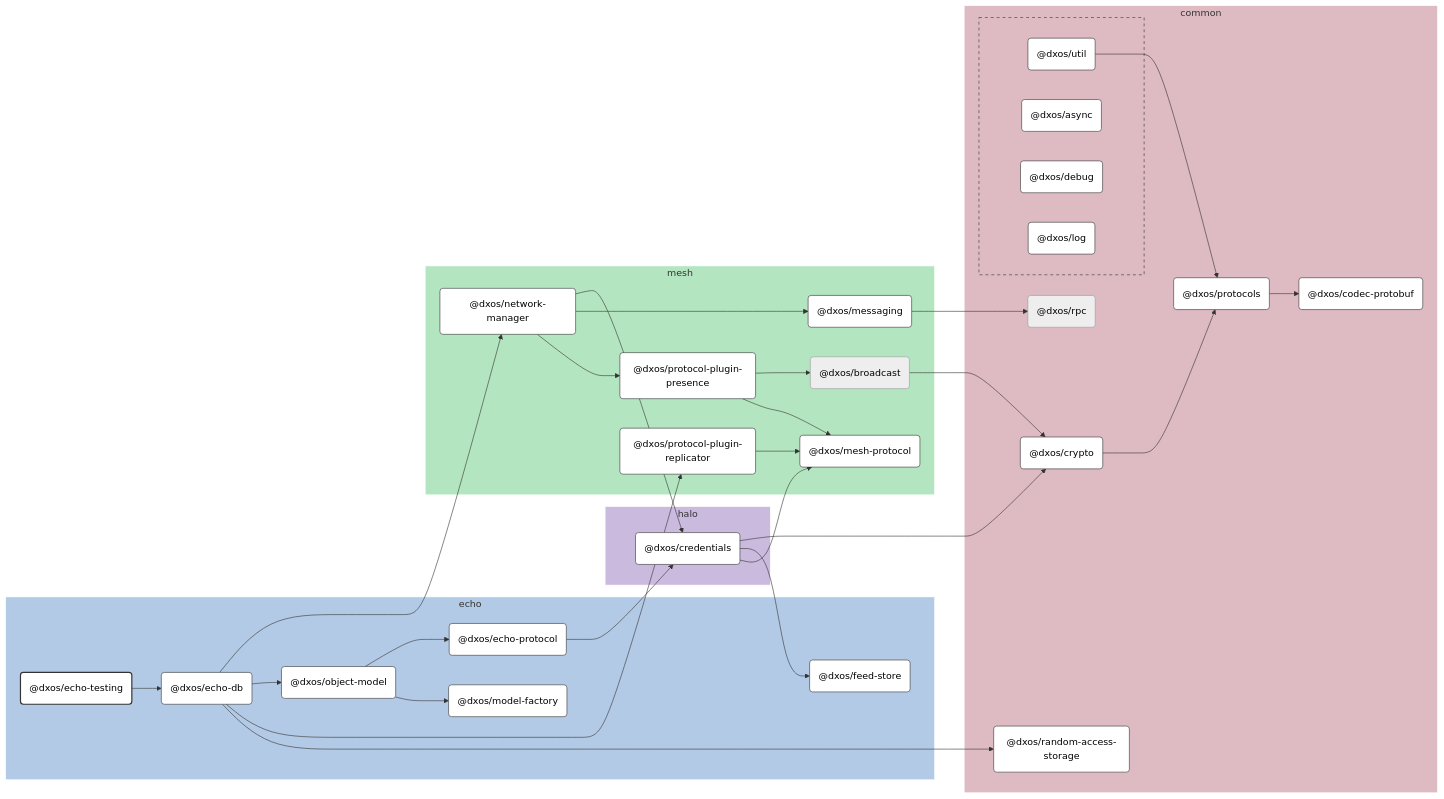
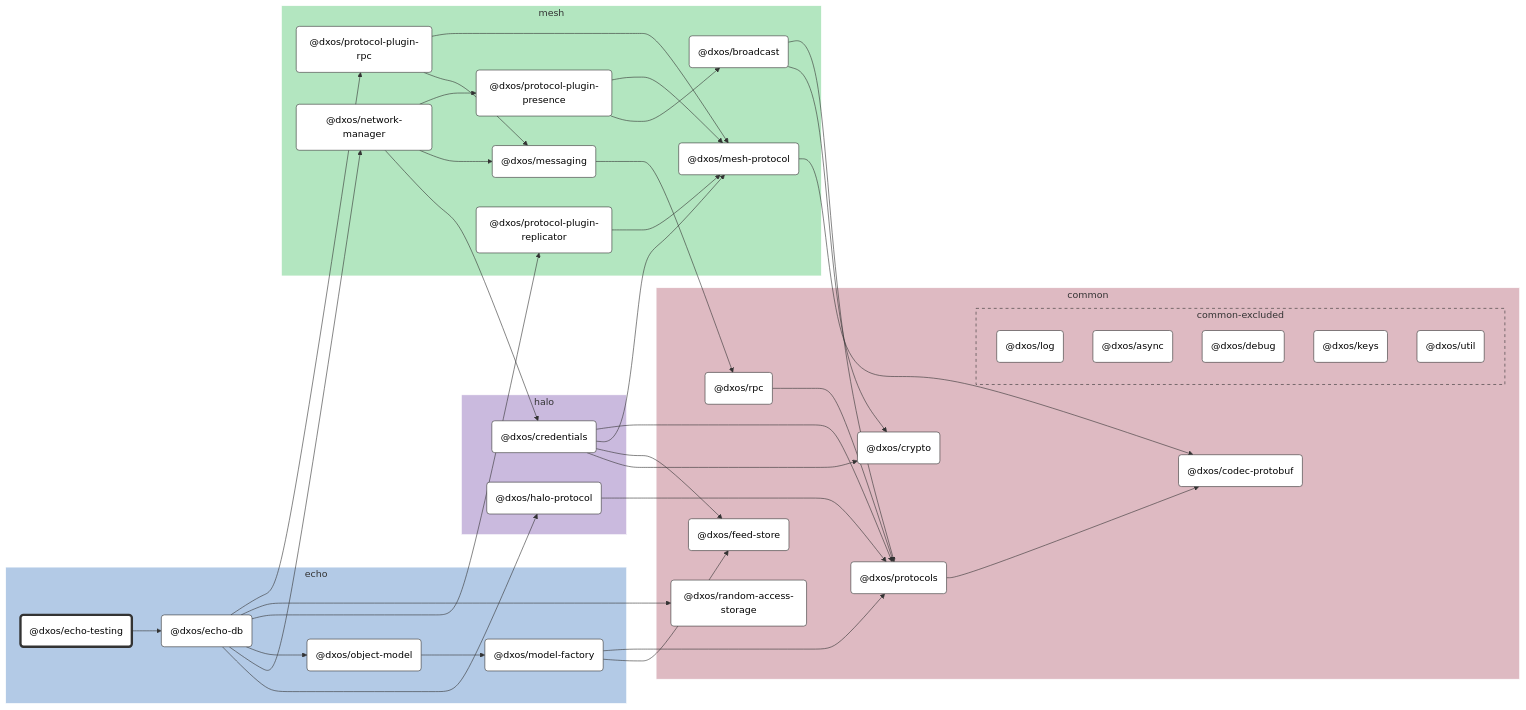
One commit to dxos/dxos changed the diagram in packages/echo/echo-testing/docs/README.md. Above: the diagram before and after it, drawn with Mermaid (neutral theme). The commit also changed other lines of this file and 683 other files, not shown here.

````diff
--- a/packages/echo/echo-testing/docs/README.md
+++ b/packages/echo/echo-testing/docs/README.md
@@ -9,124 +9,109 @@
 
 flowchart LR
 
-%% Links
-dxos/broadcast --> dxos/crypto;
-dxos/credentials --> dxos/crypto;
-dxos/credentials --> dxos/feed-store;
-dxos/credentials --> dxos/mesh-protocol;
-dxos/crypto --> dxos/protocols;
-dxos/echo-db --> dxos/network-manager;
-dxos/echo-db --> dxos/object-model;
-dxos/echo-db --> dxos/protocol-plugin-replicator;
-dxos/echo-db --> dxos/random-access-storage;
-dxos/echo-protocol --> dxos/credentials;
-dxos/echo-testing --> dxos/echo-db;
-dxos/messaging --> dxos/rpc;
-dxos/network-manager --> dxos/credentials;
-dxos/network-manager --> dxos/messaging;
-dxos/network-manager --> dxos/protocol-plugin-presence;
-dxos/object-model --> dxos/echo-protocol;
-dxos/object-model --> dxos/model-factory;
-dxos/protocol-plugin-presence --> dxos/broadcast;
-dxos/protocol-plugin-presence --> dxos/mesh-protocol;
-dxos/protocol-plugin-replicator --> dxos/mesh-protocol;
-dxos/protocols --> dxos/codec-protobuf;
-dxos/util --> dxos/protocols;
+%% Classes
+classDef def fill:#fff,stroke:#333,stroke-width:1px
+classDef root fill:#fff,stroke:#333,stroke-width:4px
 
-%% Sections
-subgraph echo
-  style echo fill:#b3cae6,stroke:#fff;
+%% Nodes
 
-  dxos/echo-db("@dxos/echo-db")
-  dxos/echo-protocol("@dxos/echo-protocol")
-  dxos/echo-testing("@dxos/echo-testing")
-  dxos/feed-store("@dxos/feed-store")
-  dxos/model-factory("@dxos/model-factory")
-  dxos/object-model("@dxos/object-model")
+subgraph echo [echo]
+  style echo fill:#b3cae6,stroke:#fff
+  dxos/echo-testing("@dxos/echo-testing"):::root
+  click dxos/echo-testing "dxos/dxos/tree/main/packages/echo/echo-testing/docs"
+  dxos/echo-db("@dxos/echo-db"):::def
+  click dxos/echo-db "dxos/dxos/tree/main/packages/echo/echo-db/docs"
+  dxos/model-factory("@dxos/model-factory"):::def
+  click dxos/model-factory "dxos/dxos/tree/main/packages/echo/model-factory/docs"
+  dxos/object-model("@dxos/object-model"):::def
+  click dxos/object-model "dxos/dxos/tree/main/packages/echo/object-model/docs"
 end
 
-subgraph common
-  style common fill:#debac2,stroke:#fff;
+subgraph common [common]
+  style common fill:#debac2,stroke:#fff
+  dxos/codec-protobuf("@dxos/codec-protobuf"):::def
+  click dxos/codec-protobuf "dxos/dxos/tree/main/packages/common/codec-protobuf/docs"
+  dxos/crypto("@dxos/crypto"):::def
+  click dxos/crypto "dxos/dxos/tree/main/packages/common/crypto/docs"
+  dxos/feed-store("@dxos/feed-store"):::def
+  click dxos/feed-store "dxos/dxos/tree/main/packages/common/feed-store/docs"
+  dxos/protocols("@dxos/protocols"):::def
+  click dxos/protocols "dxos/dxos/tree/main/packages/common/protocols/docs"
+  dxos/rpc("@dxos/rpc"):::def
+  click dxos/rpc "dxos/dxos/tree/main/packages/common/rpc/docs"
+  dxos/random-access-storage("@dxos/random-access-storage"):::def
+  click dxos/random-access-storage "dxos/dxos/tree/main/packages/common/random-access-storage/docs"
 
-  dxos/codec-protobuf("@dxos/codec-protobuf")
-  dxos/crypto("@dxos/crypto")
-  dxos/protocols("@dxos/protocols")
-  dxos/random-access-storage("@dxos/random-access-storage")
-  dxos/rpc("@dxos/rpc")
-
-  subgraph common-excluded [ ]
-    style common-excluded fill:#debac2,stroke:#333,stroke-dasharray:5 5;
-
-    dxos/async("@dxos/async")
-    dxos/debug("@dxos/debug")
-    dxos/log("@dxos/log")
-    dxos/util("@dxos/util")
+  subgraph common-excluded [common-excluded]
+    style common-excluded fill:#debac2,stroke:#333,stroke-dasharray:5 5
+    dxos/log("@dxos/log"):::def
+    click dxos/log "dxos/dxos/tree/main/packages/common/log/docs"
+    dxos/async("@dxos/async"):::def
+    click dxos/async "dxos/dxos/tree/main/packages/common/async/docs"
+    dxos/debug("@dxos/debug"):::def
+    click dxos/debug "dxos/dxos/tree/main/packages/common/debug/docs"
+    dxos/keys("@dxos/keys"):::def
+    click dxos/keys "dxos/dxos/tree/main/packages/common/keys/docs"
+    dxos/util("@dxos/util"):::def
+    click dxos/util "dxos/dxos/tree/main/packages/common/util/docs"
   end
 end
 
-subgraph halo
-  style halo fill:#cabade,stroke:#fff;
-
-  dxos/credentials("@dxos/credentials")
+subgraph halo [halo]
+  style halo fill:#cabade,stroke:#fff
+  dxos/credentials("@dxos/credentials"):::def
+  click dxos/credentials "dxos/dxos/tree/main/packages/halo/credentials/docs"
+  dxos/halo-protocol("@dxos/halo-protocol"):::def
+  click dxos/halo-protocol "dxos/dxos/tree/main/packages/halo/halo-protocol/docs"
 end
 
-subgraph mesh
-  style mesh fill:#b3e6c0,stroke:#fff;
-
-  dxos/broadcast("@dxos/broadcast")
-  dxos/mesh-protocol("@dxos/mesh-protocol")
-  dxos/messaging("@dxos/messaging")
-  dxos/network-manager("@dxos/network-manager")
-  dxos/protocol-plugin-presence("@dxos/protocol-plugin-presence")
-  dxos/protocol-plugin-replicator("@dxos/protocol-plugin-replicator")
+subgraph mesh [mesh]
+  style mesh fill:#b3e6c0,stroke:#fff
+  dxos/mesh-protocol("@dxos/mesh-protocol"):::def
+  click dxos/mesh-protocol "dxos/dxos/tree/main/packages/mesh/mesh-protocol/docs"
+  dxos/messaging("@dxos/messaging"):::def
+  click dxos/messaging "dxos/dxos/tree/main/packages/mesh/messaging/docs"
+  dxos/network-manager("@dxos/network-manager"):::def
+  click dxos/network-manager "dxos/dxos/tree/main/packages/mesh/network-manager/docs"
+  dxos/protocol-plugin-presence("@dxos/protocol-plugin-presence"):::def
+  click dxos/protocol-plugin-presence "dxos/dxos/tree/main/packages/mesh/protocol-plugin-presence/docs"
+  dxos/broadcast("@dxos/broadcast"):::def
+  click dxos/broadcast "dxos/dxos/tree/main/packages/mesh/broadcast/docs"
+  dxos/protocol-plugin-replicator("@dxos/protocol-plugin-replicator"):::def
+  click dxos/protocol-plugin-replicator "dxos/dxos/tree/main/packages/mesh/protocol-plugin-replicator/docs"
+  dxos/protocol-plugin-rpc("@dxos/protocol-plugin-rpc"):::def
+  click dxos/protocol-plugin-rpc "dxos/dxos/tree/main/packages/mesh/protocol-plugin-rpc/docs"
 end
 
-
-%% Hyperlinks
-click dxos/async "dxos/dxos/tree/main/packages/common/async/docs";
-click dxos/codec-protobuf "dxos/dxos/tree/main/packages/common/codec-protobuf/docs";
-click dxos/credentials "dxos/dxos/tree/main/packages/halo/credentials/docs";
-click dxos/crypto "dxos/dxos/tree/main/packages/common/crypto/docs";
-click dxos/debug "dxos/dxos/tree/main/packages/common/debug/docs";
-click dxos/echo-db "dxos/dxos/tree/main/packages/echo/echo-db/docs";
-click dxos/echo-protocol "dxos/dxos/tree/main/packages/echo/echo-protocol/docs";
-click dxos/feed-store "dxos/dxos/tree/main/packages/echo/feed-store/docs";
-click dxos/log "dxos/dxos/tree/main/packages/common/log/docs";
-click dxos/mesh-protocol "dxos/dxos/tree/main/packages/mesh/mesh-protocol/docs";
-click dxos/messaging "dxos/dxos/tree/main/packages/mesh/messaging/docs";
-click dxos/model-factory "dxos/dxos/tree/main/packages/echo/model-factory/docs";
-click dxos/network-manager "dxos/dxos/tree/main/packages/mesh/network-manager/docs";
-click dxos/object-model "dxos/dxos/tree/main/packages/echo/object-model/docs";
-click dxos/protocol-plugin-presence "dxos/dxos/tree/main/packages/mesh/protocol-plugin-presence/docs";
-click dxos/protocol-plugin-replicator "dxos/dxos/tree/main/packages/mesh/protocol-plugin-replicator/docs";
-click dxos/protocols "dxos/dxos/tree/main/packages/common/protocols/docs";
-click dxos/random-access-storage "dxos/dxos/tree/main/packages/common/random-access-storage/docs";
-click dxos/util "dxos/dxos/tree/main/packages/common/util/docs";
-
-%% Styles
-classDef rootNode fill:#fff,stroke:#333,stroke-width:2px
-classDef defaultNode fill:#fff,stroke:#333,stroke-width:1px
+%% Links
 linkStyle default stroke:#333,stroke-width:1px
-
-dxos/echo-testing:::rootNode
-
-dxos/async:::defaultNode
-dxos/codec-protobuf:::defaultNode
-dxos/credentials:::defaultNode
-dxos/crypto:::defaultNode
-dxos/debug:::defaultNode
-dxos/echo-db:::defaultNode
-dxos/echo-protocol:::defaultNode
-dxos/feed-store:::defaultNode
-dxos/log:::defaultNode
-dxos/mesh-protocol:::defaultNode
-dxos/messaging:::defaultNode
-dxos/model-factory:::defaultNode
-dxos/network-manager:::defaultNode
-dxos/object-model:::defaultNode
-dxos/protocol-plugin-presence:::defaultNode
-dxos/protocol-plugin-replicator:::defaultNode
-dxos/protocols:::defaultNode
-dxos/random-access-storage:::defaultNode
-dxos/util:::defaultNode
+dxos/echo-testing --> dxos/echo-db
+dxos/credentials --> dxos/crypto
+dxos/credentials --> dxos/feed-store
+dxos/credentials --> dxos/mesh-protocol
+dxos/mesh-protocol --> dxos/codec-protobuf
+dxos/credentials --> dxos/protocols
+dxos/protocols --> dxos/codec-protobuf
+dxos/echo-db --> dxos/halo-protocol
+dxos/halo-protocol --> dxos/protocols
+dxos/messaging --> dxos/rpc
+dxos/rpc --> dxos/protocols
+dxos/model-factory --> dxos/feed-store
+dxos/model-factory --> dxos/protocols
+dxos/echo-db --> dxos/network-manager
+dxos/network-manager --> dxos/credentials
+dxos/network-manager --> dxos/messaging
+dxos/network-manager --> dxos/protocol-plugin-presence
+dxos/protocol-plugin-presence --> dxos/broadcast
+dxos/broadcast --> dxos/crypto
+dxos/broadcast --> dxos/protocols
+dxos/protocol-plugin-presence --> dxos/mesh-protocol
+dxos/echo-db --> dxos/object-model
+dxos/object-model --> dxos/model-factory
+dxos/echo-db --> dxos/protocol-plugin-replicator
+dxos/protocol-plugin-replicator --> dxos/mesh-protocol
+dxos/echo-db --> dxos/random-access-storage
+dxos/echo-db --> dxos/protocol-plugin-rpc
+dxos/protocol-plugin-rpc --> dxos/messaging
+dxos/protocol-plugin-rpc --> dxos/mesh-protocol
 ```
````
